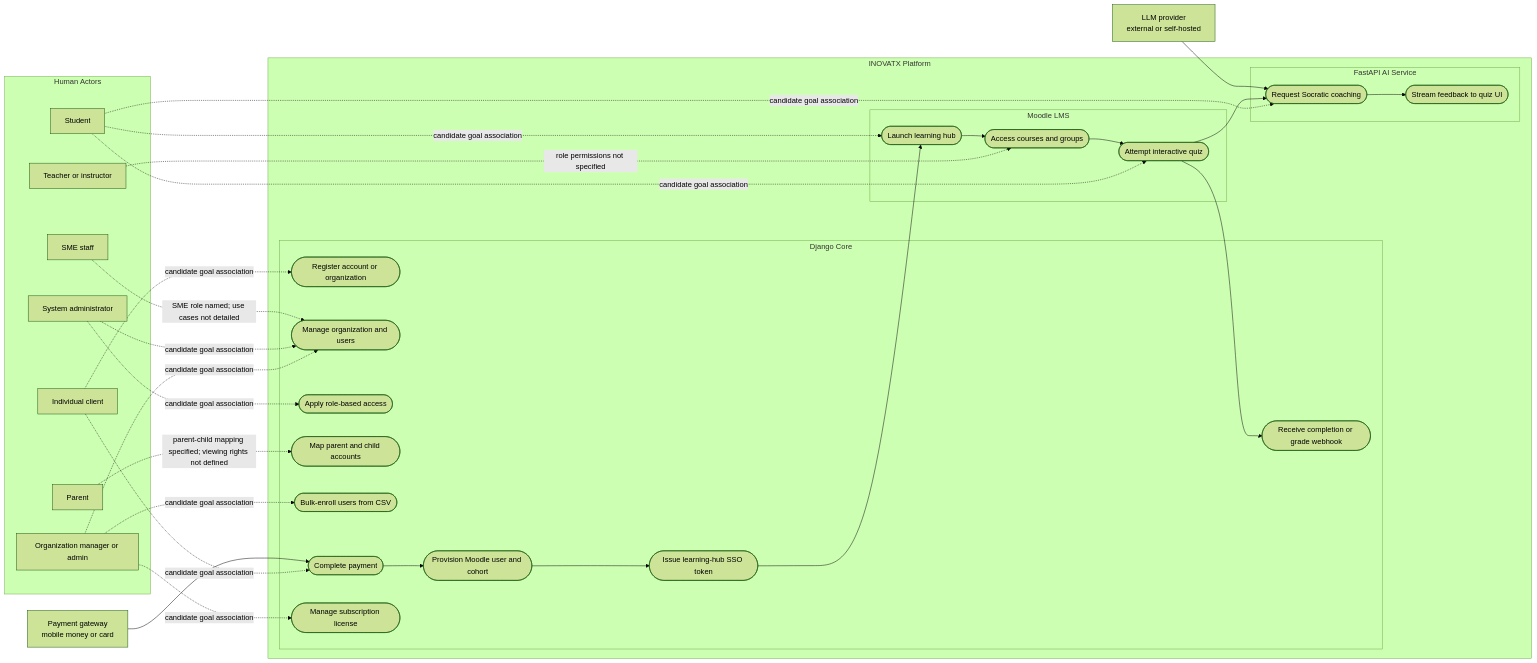
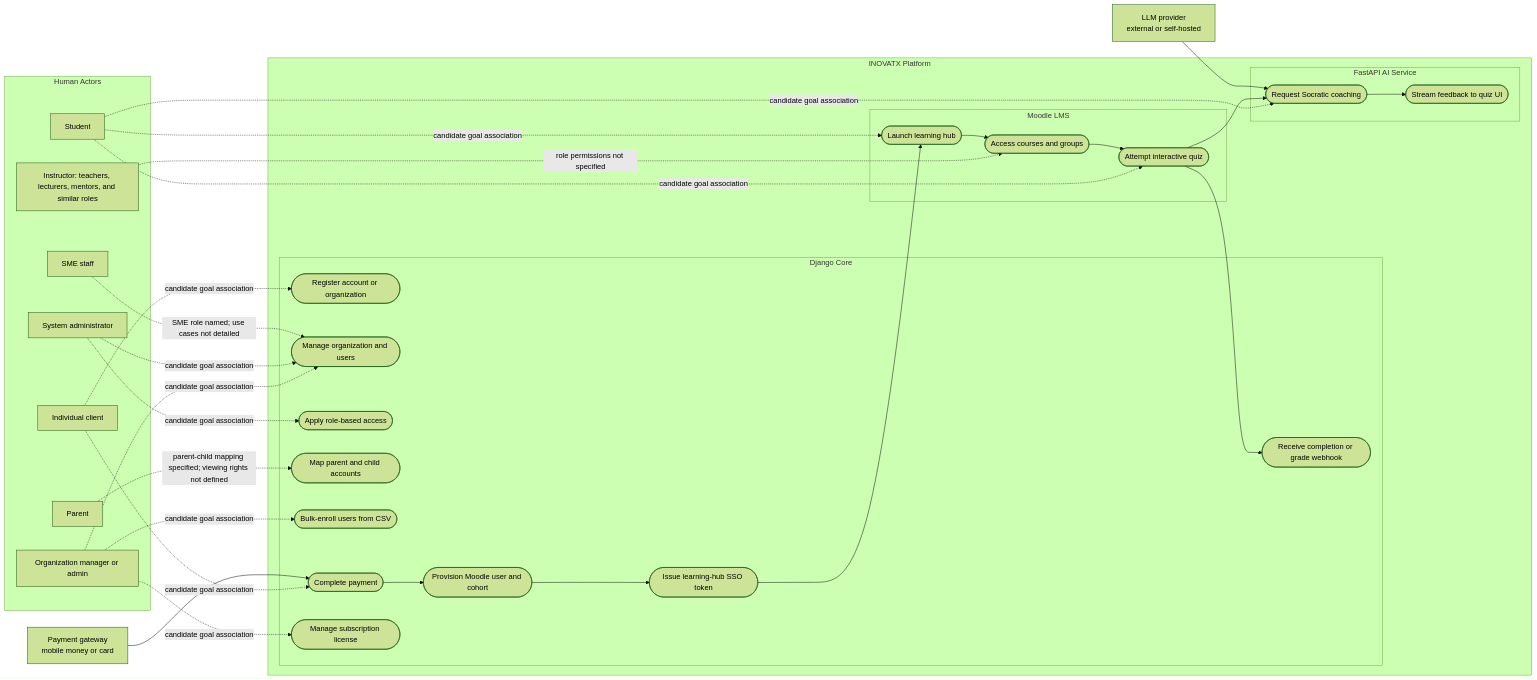
Before and after one commit to inovatx-lab/core: the first of 8 diagrams in inovatx_context/inovatx_uml.md, drawn with Mermaid (forest theme). The commit also changed other lines of this file and 9 other files, not shown here.

````diff
--- a/inovatx_context/inovatx_uml.md
+++ b/inovatx_context/inovatx_uml.md
@@ -23,66 +23,66 @@
 ```mermaid
 flowchart LR
     subgraph Humans[Human Actors]
         Individual[Individual client]
         OrgManager[Organization manager or admin]
-        Teacher[Teacher or instructor]
+        Instructor[Instructor: teachers, lecturers, mentors, and similar roles]
         Student[Student]
         Parent[Parent]
         SMEStaff[SME staff]
         SysAdmin[System administrator]
     end
 
     Payment[Payment gateway\nmobile money or card]
     LLM[LLM provider\nexternal or self-hosted]
 
     subgraph Platform[INOVATX Platform]
         subgraph Core[Django Core]
             UCRegister([Register account or organization])
             UCOrg([Manage organization and users])
             UCRoles([Apply role-based access])
             UCParent([Map parent and child accounts])
             UCBulk([Bulk-enroll users from CSV])
             UCPay([Complete payment])
             UCLicense([Manage subscription license])
             UCProvision([Provision Moodle user and cohort])
             UCSSO([Issue learning-hub SSO token])
             UCGrade([Receive completion or grade webhook])
         end
 
         subgraph LMS[Moodle LMS]
             UCLearn([Launch learning hub])
             UCCourse([Access courses and groups])
             UCQuiz([Attempt interactive quiz])
         end
 
         subgraph AI[FastAPI AI Service]
             UCCoach([Request Socratic coaching])
             UCStream([Stream feedback to quiz UI])
         end
     end
 
     Individual -. candidate goal association .-> UCRegister
     Individual -. candidate goal association .-> UCPay
     OrgManager -. candidate goal association .-> UCOrg
     OrgManager -. candidate goal association .-> UCBulk
     OrgManager -. candidate goal association .-> UCLicense
     SysAdmin -. candidate goal association .-> UCOrg
     SysAdmin -. candidate goal association .-> UCRoles
-    Teacher -. role permissions not specified .-> UCCourse
+    Instructor -. role permissions not specified .-> UCCourse
     Student -. candidate goal association .-> UCLearn
     Student -. candidate goal association .-> UCQuiz
     Student -. candidate goal association .-> UCCoach
     Parent -. parent-child mapping specified; viewing rights not defined .-> UCParent
     SMEStaff -. SME role named; use cases not detailed .-> UCOrg
 
     Payment --> UCPay
     UCPay --> UCProvision
     UCProvision --> UCSSO
     UCSSO --> UCLearn
     UCLearn --> UCCourse
     UCCourse --> UCQuiz
     UCQuiz --> UCCoach
     UCCoach --> UCStream
     LLM --> UCCoach
     UCQuiz --> UCGrade
 ```
````
